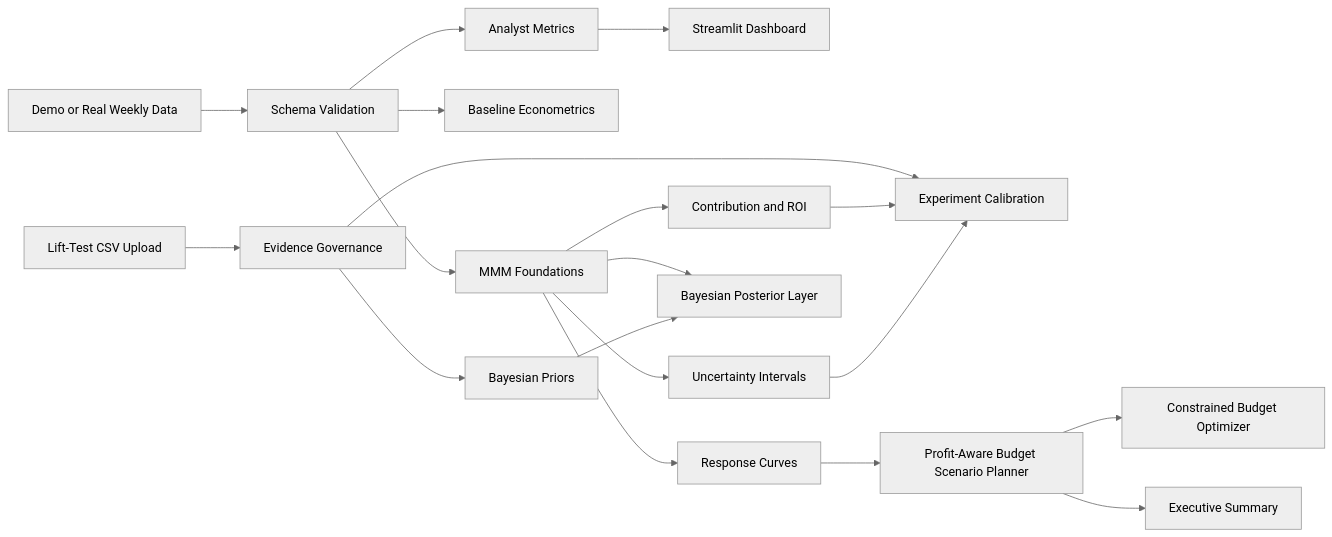
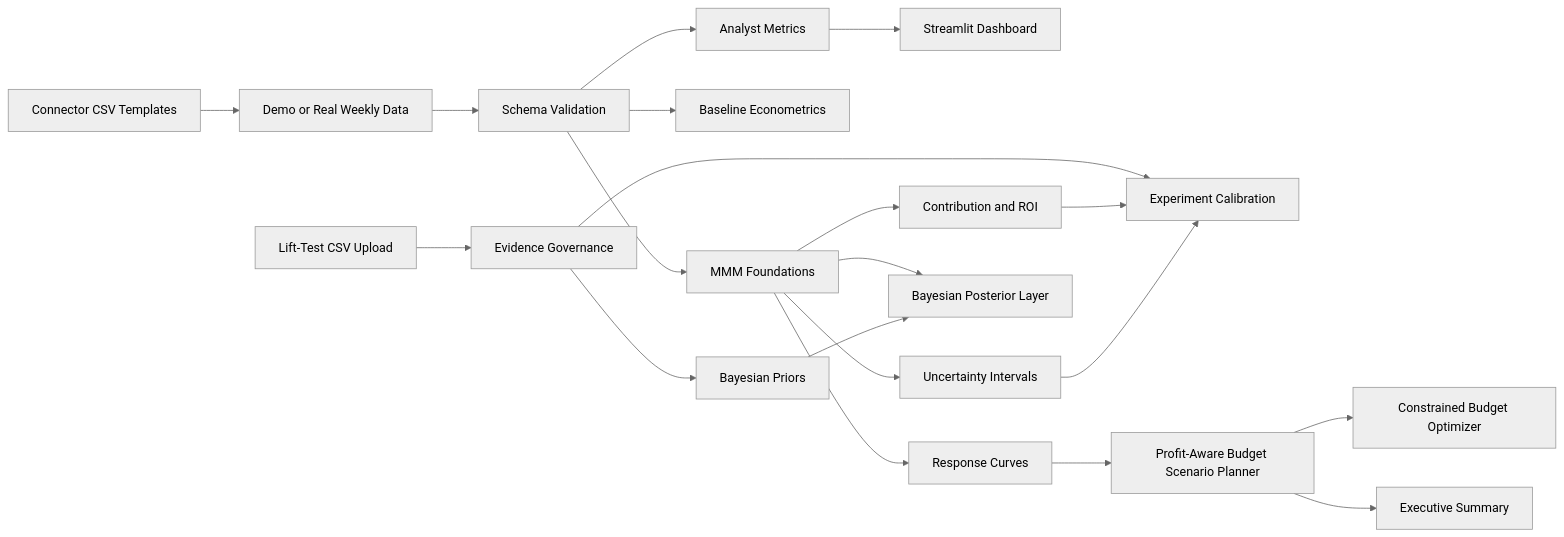
The first of 2 diagrams in docs/architecture.md (rosscyking1115/marketing-effectiveness-lab), drawn with Mermaid (neutral theme) before and after one commit. The commit also changed other lines of this file and 7 other files, not shown here.

Commit message:
Add real-data connector templates

````diff
--- a/docs/architecture.md
+++ b/docs/architecture.md
@@ -7,21 +7,22 @@
 ```mermaid
 flowchart LR
-    A["Demo or Real Weekly Data"] --> B["Schema Validation"]
+    R["Connector CSV Templates"] --> A["Demo or Real Weekly Data"]
+    A --> B["Schema Validation"]
     B --> C["Analyst Metrics"]
     C --> D["Streamlit Dashboard"]
     B --> E["Baseline Econometrics"]
     B --> F["MMM Foundations"]
     F --> G["Contribution and ROI"]
     F --> H["Uncertainty Intervals"]
     M["Lift-Test CSV Upload"] --> N["Evidence Governance"]
     N --> I["Experiment Calibration"]
     N --> O["Bayesian Priors"]
     G --> I
     H --> I
     F --> P["Bayesian Posterior Layer"]
     O --> P
     F --> J["Response Curves"]
     J --> K["Profit-Aware Budget Scenario Planner"]
     K --> Q["Constrained Budget Optimizer"]
     K --> L["Executive Summary"]
 ```
````
